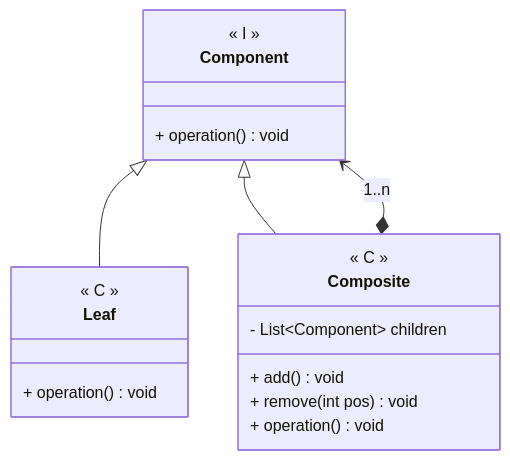
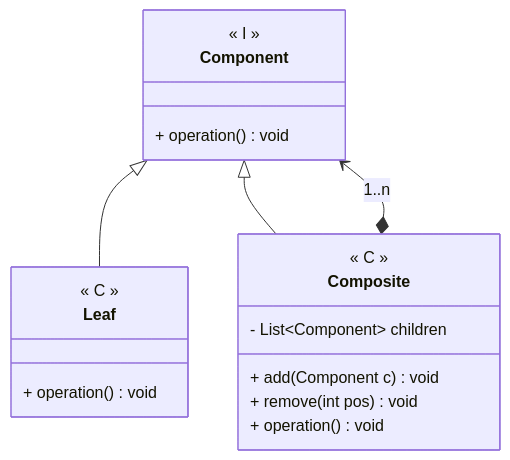
One commit to angelromarco04/MyNotes changed the second of 2 diagrams in Programming/Patterns/data/Composite.md. Above: the diagram before and after it, drawn with Mermaid. The commit also changed other lines of this file and 1 other file, not shown here.

````diff
--- a/Programming/Patterns/data/Composite.md
+++ b/Programming/Patterns/data/Composite.md
@@ -46,25 +46,25 @@
 ```mermaid
 classDiagram
 direction TB
 Component <|-- Leaf
 Component <|-- Composite
 Composite *--> Component : 1..n
 
 class Component {
 	<< I >>
 	+ operation() void
 }
 
 class Leaf {
 	<< C >>
 	+ operation() void
 }
 
 class Composite {
 	<< C >>
 	- List~Component~ children
-	+ add() void
+	+ add(Component c) void
 	+ remove(int pos) void
 	+ operation() void
 }
 ```
````
